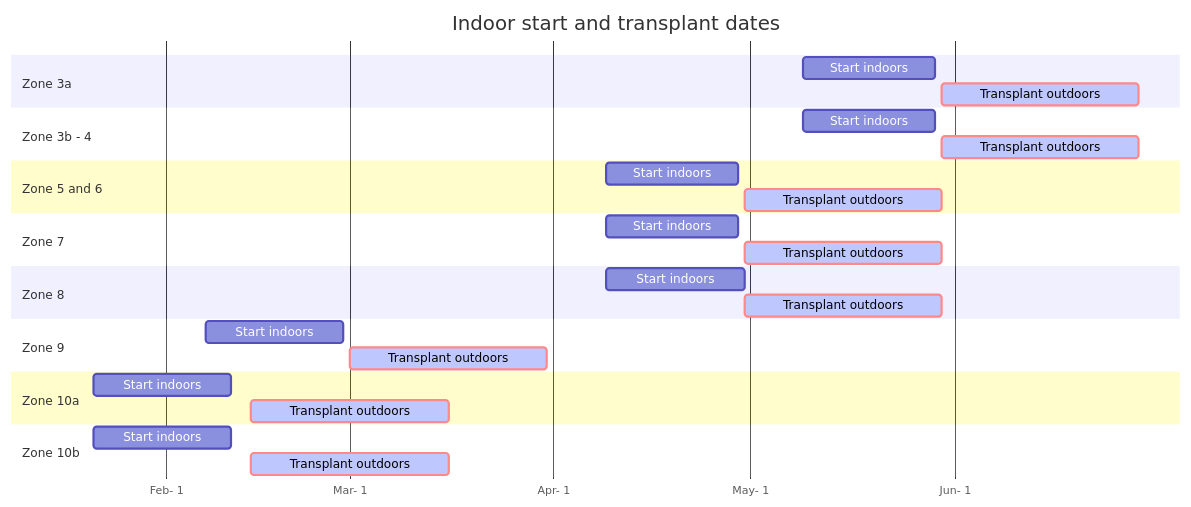
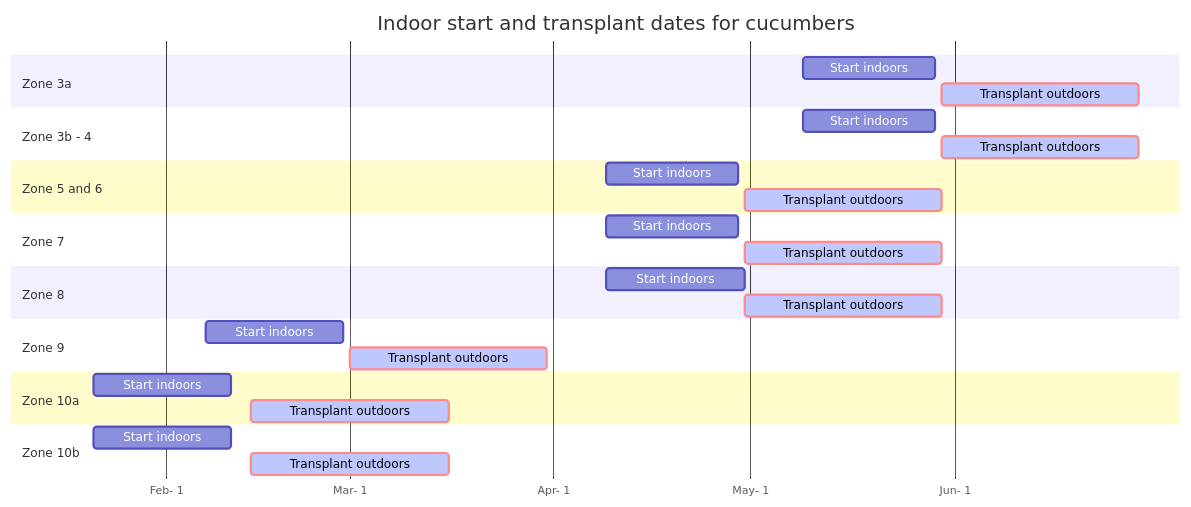
The diagram in content/docs/chapter3/_index.md (novaleafoahu/leafvillagedocs), drawn with Mermaid before and after one commit. The commit also changed other lines of this file and 2 other files, not shown here.

````diff
--- a/content/docs/chapter3/_index.md
+++ b/content/docs/chapter3/_index.md
@@ -62,40 +67,40 @@
 ```mermaid
 
 gantt
-    title Indoor start and transplant dates
+    title Indoor start and transplant dates for cucumbers
     axisFormat %b-%e
 
     section Zone 3a
     Start indoors           :a1, 2014-05-09, 20d
     Transplant outdoors     :crit, active, 2014-05-30, 30d
   
     section Zone 3b - 4
     Start indoors           :a1, 2014-05-09, 20d
     Transplant outdoors     :crit, active, 2014-05-30, 30d
    
    section Zone 5 and 6
     Start indoors           :a1, 2014-04-09, 20d
     Transplant outdoors     :crit, active, 2014-04-30, 30d
 
    section Zone 7
     Start indoors           :a1, 2014-04-09, 20d
     Transplant outdoors     :crit, active, 2014-04-30, 30d
 
    section Zone 8  
     Start indoors           :a1, 2014-04-09, 21d
     Transplant outdoors     :crit, active, 2014-04-30, 30d
 
    section Zone 9  
     Start indoors           :a1, 2014-02-07, 21d
     Transplant outdoors     :crit, active, 2014-03-01, 30d
   
    section Zone 10a  
     Start indoors           :a1, 2014-01-21, 21d
     Transplant outdoors     :crit, active, 2014-02-14, 30d
 
    section Zone 10b  
     Start indoors           :a1, 2014-01-21, 21d
     Transplant outdoors     :crit, active, 2014-02-14, 30d
 
 
 ```
````
